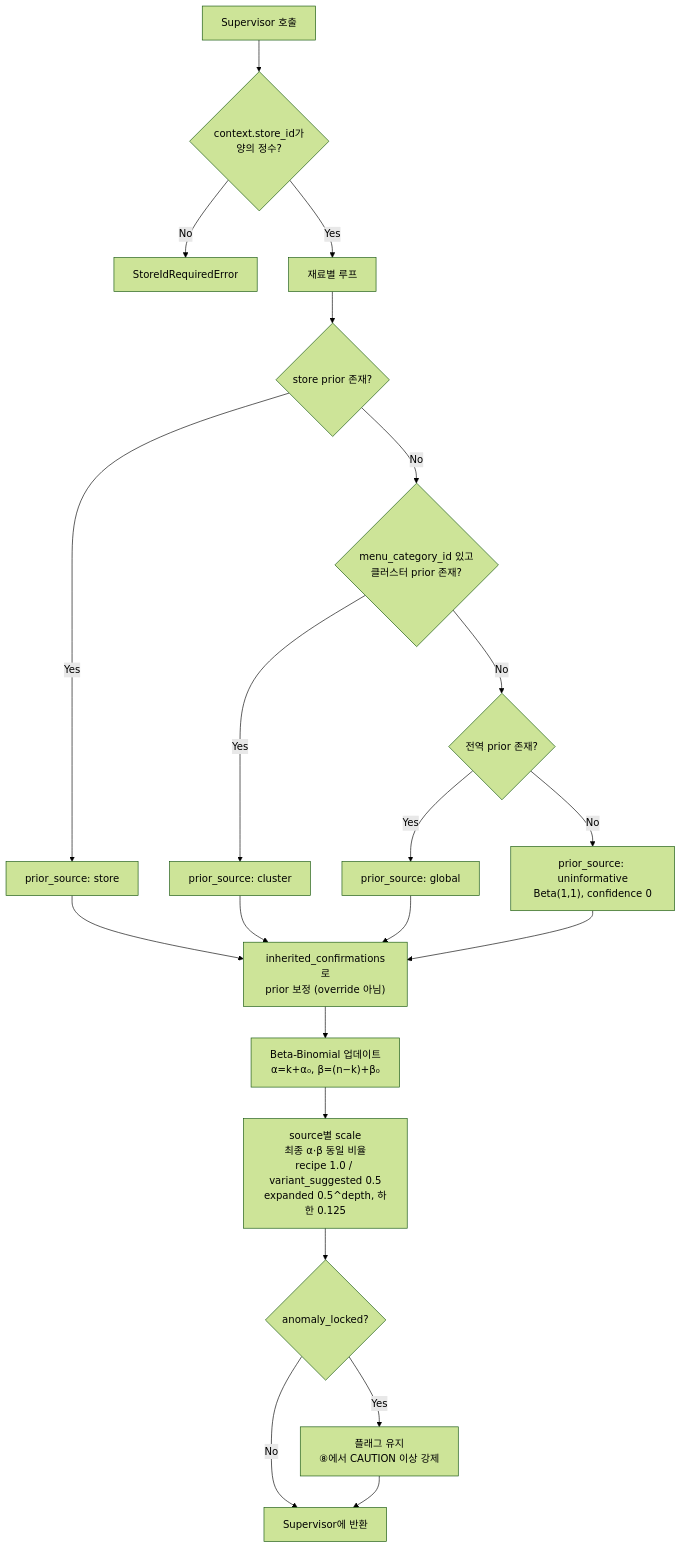
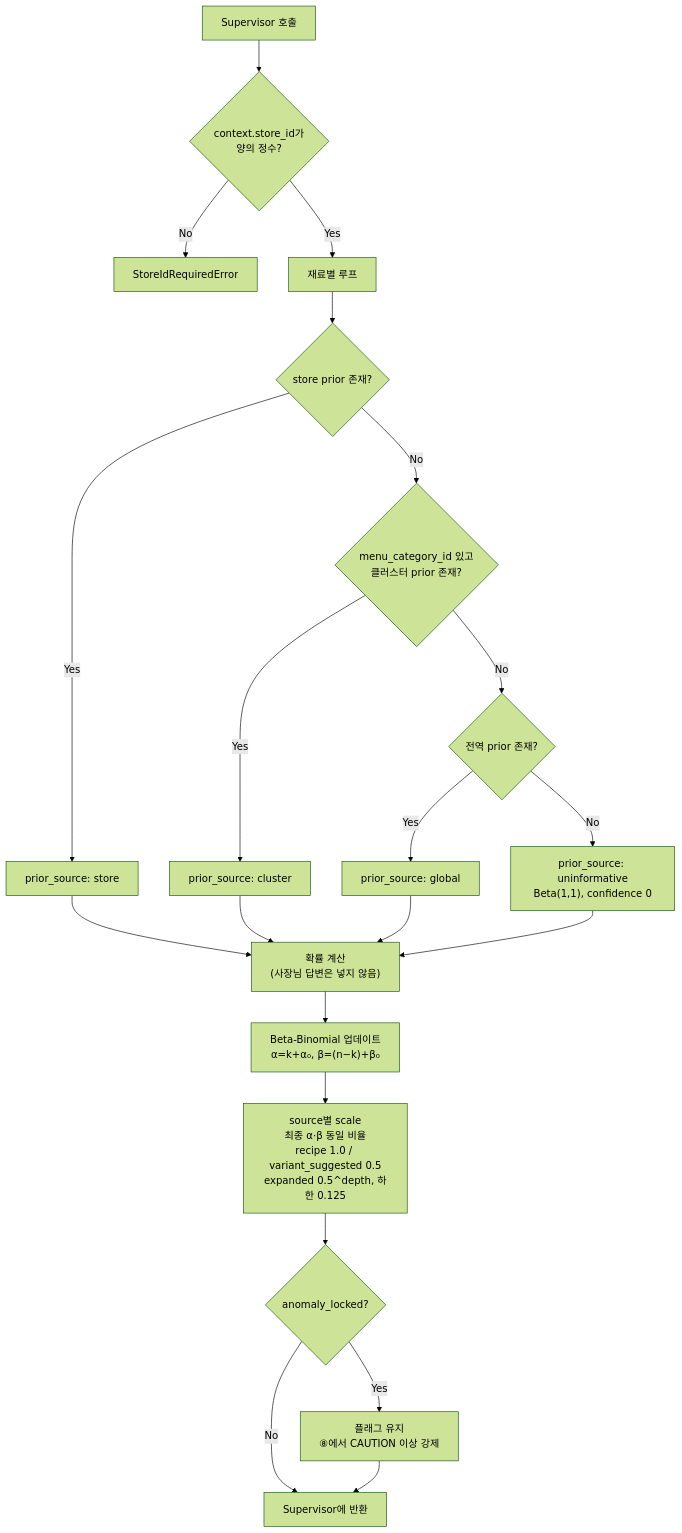
The diagram in docs/5-tool-Statistics.md (Han-Spoon/ai), drawn with Mermaid (forest theme) before and after one commit. The commit also changed other lines of this file and 2 other files, not shown here.

````diff
--- a/docs/5-tool-Statistics.md
+++ b/docs/5-tool-Statistics.md
@@ -191,25 +171,25 @@
 ```mermaid
 flowchart TD
     S[Supervisor 호출] --> V{"context.store_id가<br/>양의 정수?"}
     V -->|No| ERR[StoreIdRequiredError]
     V -->|Yes| L[재료별 루프]
 
     L --> P{store prior 존재?}
     P -->|Yes| SP["prior_source: store"]
     P -->|No| CL{"menu_category_id 있고<br/>클러스터 prior 존재?"}
     CL -->|Yes| CP["prior_source: cluster"]
     CL -->|No| G{"전역 prior 존재?"}
     G -->|Yes| GP["prior_source: global"]
     G -->|No| UP["prior_source: uninformative<br/>Beta(1,1), confidence 0"]
 
-    SP --> INH["inherited_confirmations로<br/>prior 보정 (override 아님)"]
+    SP --> INH["확률 계산<br/>(사장님 답변은 넣지 않음)"]
     CP --> INH
     GP --> INH
     UP --> INH
     INH --> BB["Beta-Binomial 업데이트<br/>α=k+α₀, β=(n−k)+β₀"]
     BB --> SRC["source별 scale<br/>최종 α·β 동일 비율<br/>recipe 1.0 / variant_suggested 0.5<br/>expanded 0.5^depth, 하한 0.125"]
     SRC --> LOCK{"anomaly_locked?"}
     LOCK -->|Yes| MARK["플래그 유지<br/>⑧에서 CAUTION 이상 강제"]
     LOCK -->|No| OUT[Supervisor에 반환]
     MARK --> OUT
 ```
````
